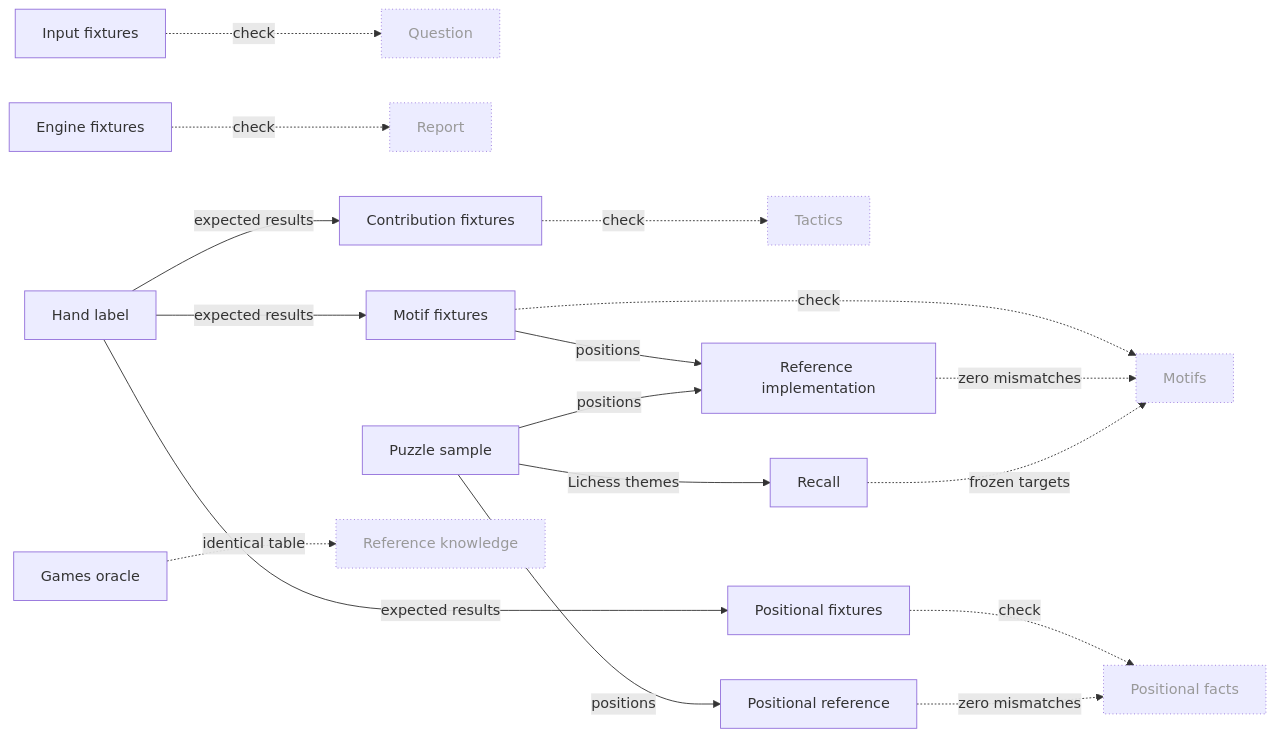
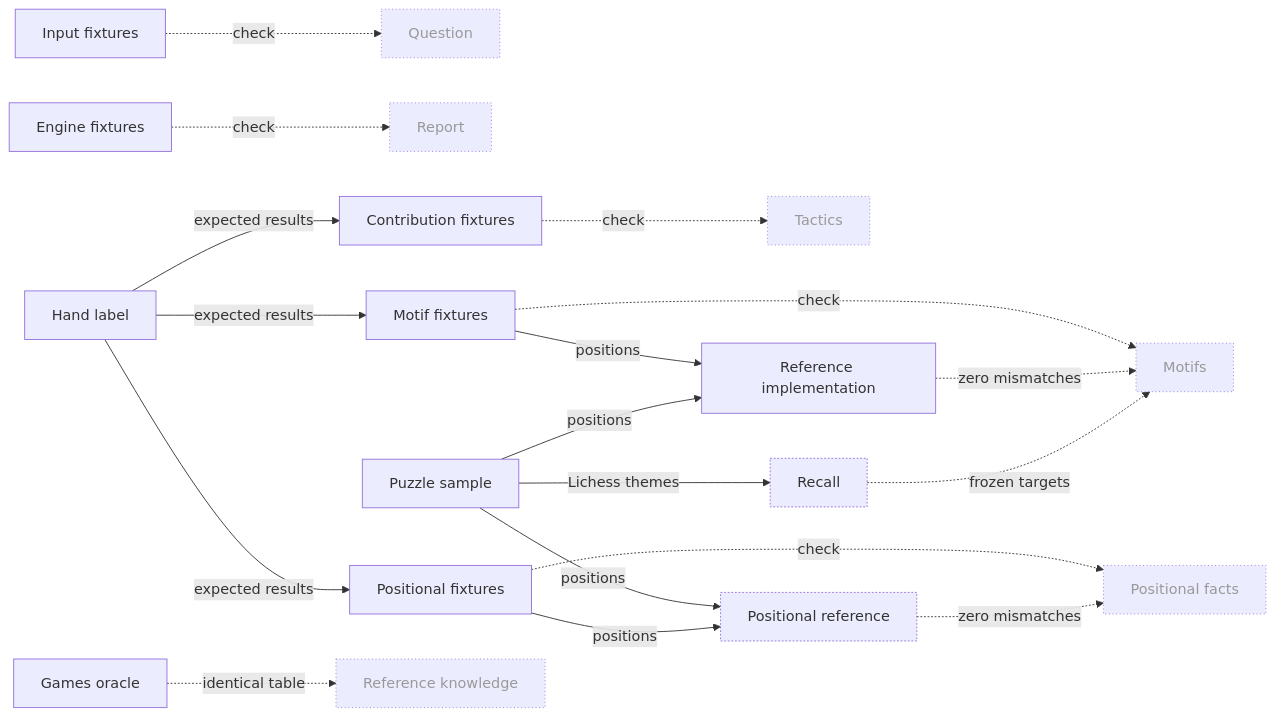
One commit to aurja/ChessWhy changed diagram 12 of 21 in Planning/DBC/CONCEPTS.md. Above: the diagram before and after it, drawn with Mermaid. The commit also changed other lines of this file and 5 other files, not shown here.

````diff
--- a/Planning/DBC/CONCEPTS.md
+++ b/Planning/DBC/CONCEPTS.md
@@ -505,37 +524,38 @@
 ```mermaid
 flowchart LR
     Question["Question"]
     Motifs["Motifs"]
     Tactics["Tactics"]
     Report["Report"]
     HandLabel["Hand label"]
     EngineFixtures["Engine fixtures"]
     InputFixtures["Input fixtures"]
     MotifFixtures["Motif fixtures"]
     ContributionFixtures["Contribution fixtures"]
     ReferenceImplementation["Reference implementation"]
     PuzzleSample["Puzzle sample"]
     Recall["Recall"]
     PositionalFixtures["Positional fixtures"]
     PositionalReference["Positional reference"]
     GamesOracle["Games oracle"]
     Positional["Positional facts"]
     Reference["Reference knowledge"]
     HandLabel -->|expected results| MotifFixtures & ContributionFixtures & PositionalFixtures
-    PuzzleSample -->|positions| PositionalReference
+    PuzzleSample & PositionalFixtures -->|positions| PositionalReference
     PositionalFixtures -.->|check| Positional
     PositionalReference -.->|zero mismatches| Positional
     GamesOracle -.->|identical table| Reference
     MotifFixtures & PuzzleSample -->|positions| ReferenceImplementation
     PuzzleSample -->|Lichess themes| Recall
     EngineFixtures -.->|check| Report
     InputFixtures -.->|check| Question
     MotifFixtures -.->|check| Motifs
     ReferenceImplementation -.->|zero mismatches| Motifs
     Recall -.->|frozen targets| Motifs
     ContributionFixtures -.->|check| Tactics
     classDef planned stroke-dasharray:6 4,color:#888
     classDef partial stroke-dasharray:2 2
     classDef external stroke-dasharray:1 3,color:#999
     class Question,Motifs,Tactics,Report,Positional,Reference external
+    class Recall,PositionalReference partial
 ```
````
